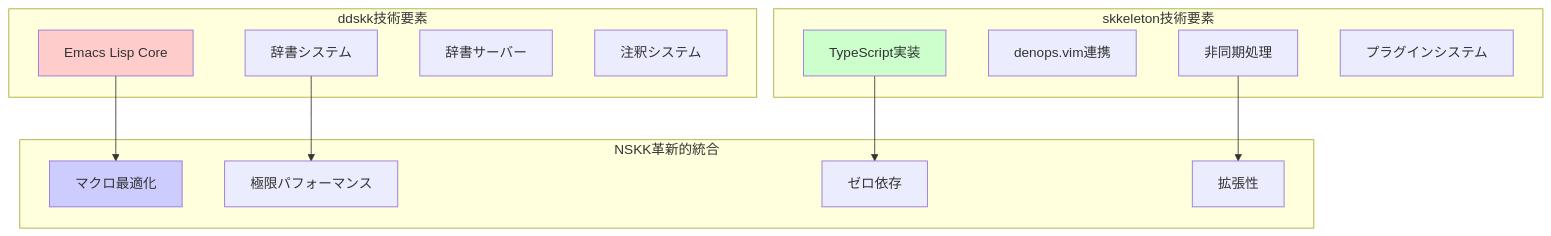
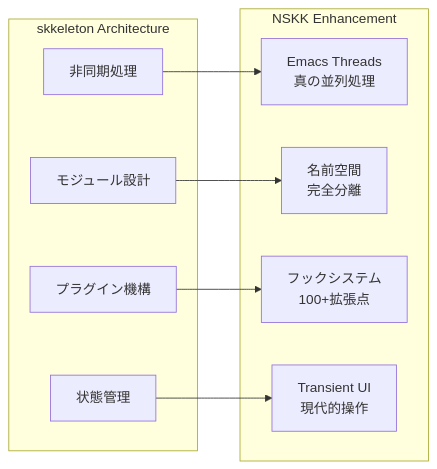
Before and after one commit to takeokunn/nskk.el: the second of 15 diagrams in docs/explanation/comprehensive-architecture-overview.md, drawn with Mermaid. The commit also changed other lines of this file and 3 other files, not shown here.

````diff
--- a/docs/explanation/comprehensive-architecture-overview.md
+++ b/docs/explanation/comprehensive-architecture-overview.md
@@ -173,32 +84,21 @@
 ```mermaid
-graph TD
-    subgraph "ddskk技術要素"
-        DDSKK_CORE[Emacs Lisp Core]
-        DDSKK_DICT[辞書システム]
-        DDSKK_SERVER[辞書サーバー]
-        DDSKK_ANNO[注釈システム]
+graph LR
+    subgraph "skkeleton Architecture"
+        SKEL_ASYNC[非同期処理]
+        SKEL_MODULE[モジュール設計]
+        SKEL_PLUGIN[プラグイン機構]
+        SKEL_STATE[状態管理]
     end
 
-    subgraph "skkeleton技術要素"
-        SKEL_TS[TypeScript実装]
-        SKEL_DENOPS[denops.vim連携]
-        SKEL_ASYNC[非同期処理]
-        SKEL_PLUGIN[プラグインシステム]
+    subgraph "NSKK Enhancement"
+        NSKK_THREAD[Emacs Threads<br/>真の並列処理]
+        NSKK_NAMESPACE[名前空間<br/>完全分離]
+        NSKK_HOOK[フックシステム<br/>100+拡張点]
+        NSKK_TRANSIENT[Transient UI<br/>現代的操作]
     end
 
-    subgraph "NSKK革新的統合"
-        NSKK_MACRO[マクロ最適化]
-        NSKK_ZERO[ゼロ依存]
-        NSKK_PERF[極限パフォーマンス]
-        NSKK_EXT[拡張性]
-    end
-
-    DDSKK_CORE --> NSKK_MACRO
-    DDSKK_DICT --> NSKK_PERF
-    SKEL_TS --> NSKK_ZERO
-    SKEL_ASYNC --> NSKK_EXT
-
-    style DDSKK_CORE fill:#ffcccc
-    style SKEL_TS fill:#ccffcc
-    style NSKK_MACRO fill:#ccccff
+    SKEL_ASYNC --> NSKK_THREAD
+    SKEL_MODULE --> NSKK_NAMESPACE
+    SKEL_PLUGIN --> NSKK_HOOK
+    SKEL_STATE --> NSKK_TRANSIENT
 ```
````
